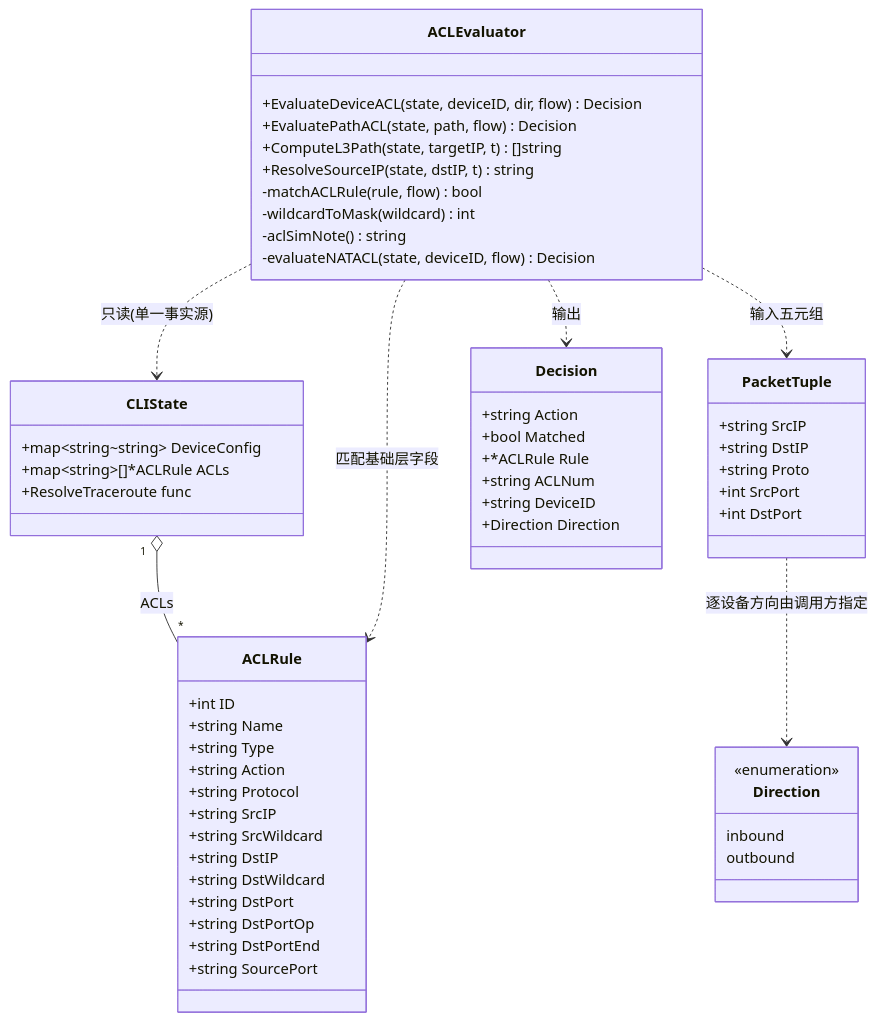
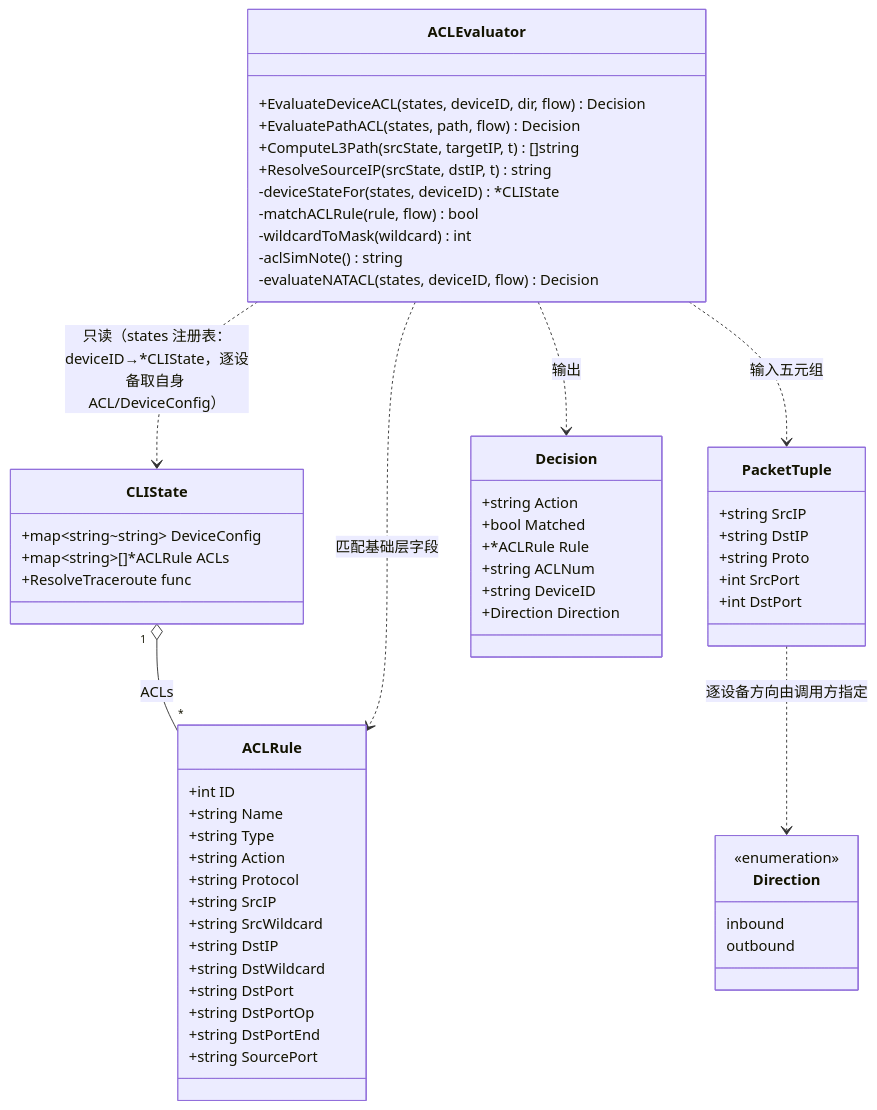
One commit to linhao616/ensp-lab changed the first of 4 diagrams in docs/p1c-firewall-design.md. Above: the diagram before and after it, drawn with Mermaid. The commit also changed other lines of this file, not shown here.

First line of the commit message:
docs: 同步 P1-C 防火墙设计文档签名至 CLIState 注册表版本

````diff
--- a/docs/p1c-firewall-design.md
+++ b/docs/p1c-firewall-design.md
@@ -81,59 +81,60 @@
 ```mermaid
 classDiagram
     class CLIState {
         +map~string~string~ DeviceConfig
         +map~string~[]*ACLRule ACLs
         +ResolveTraceroute func
     }
     class ACLRule {
         +int ID
         +string Name
         +string Type
         +string Action
         +string Protocol
         +string SrcIP
         +string SrcWildcard
         +string DstIP
         +string DstWildcard
         +string DstPort
         +string DstPortOp
         +string DstPortEnd
         +string SourcePort
     }
     class PacketTuple {
         +string SrcIP
         +string DstIP
         +string Proto
         +int SrcPort
         +int DstPort
     }
     class Direction {
         <<enumeration>>
         inbound
         outbound
     }
     class Decision {
         +string Action
         +bool Matched
         +*ACLRule Rule
         +string ACLNum
         +string DeviceID
         +Direction Direction
     }
     class ACLEvaluator {
-        +EvaluateDeviceACL(state, deviceID, dir, flow) Decision
-        +EvaluatePathACL(state, path, flow) Decision
-        +ComputeL3Path(state, targetIP, t) []string
-        +ResolveSourceIP(state, dstIP, t) string
+        +EvaluateDeviceACL(states, deviceID, dir, flow) Decision
+        +EvaluatePathACL(states, path, flow) Decision
+        +ComputeL3Path(srcState, targetIP, t) []string
+        +ResolveSourceIP(srcState, dstIP, t) string
+        -deviceStateFor(states, deviceID) *CLIState
         -matchACLRule(rule, flow) bool
         -wildcardToMask(wildcard) int
         -aclSimNote() string
-        -evaluateNATACL(state, deviceID, flow) Decision
+        -evaluateNATACL(states, deviceID, flow) Decision
     }
     CLIState "1" o-- "*" ACLRule : ACLs
-    ACLEvaluator ..> CLIState : 只读(单一事实源)
+    ACLEvaluator ..> CLIState : 只读（states 注册表：deviceID→*CLIState，逐设备取自身 ACL/DeviceConfig）
     ACLEvaluator ..> ACLRule : 匹配基础层字段
     ACLEvaluator ..> PacketTuple : 输入五元组
     ACLEvaluator ..> Decision : 输出
     PacketTuple ..> Direction : 逐设备方向由调用方指定
 ```
````
